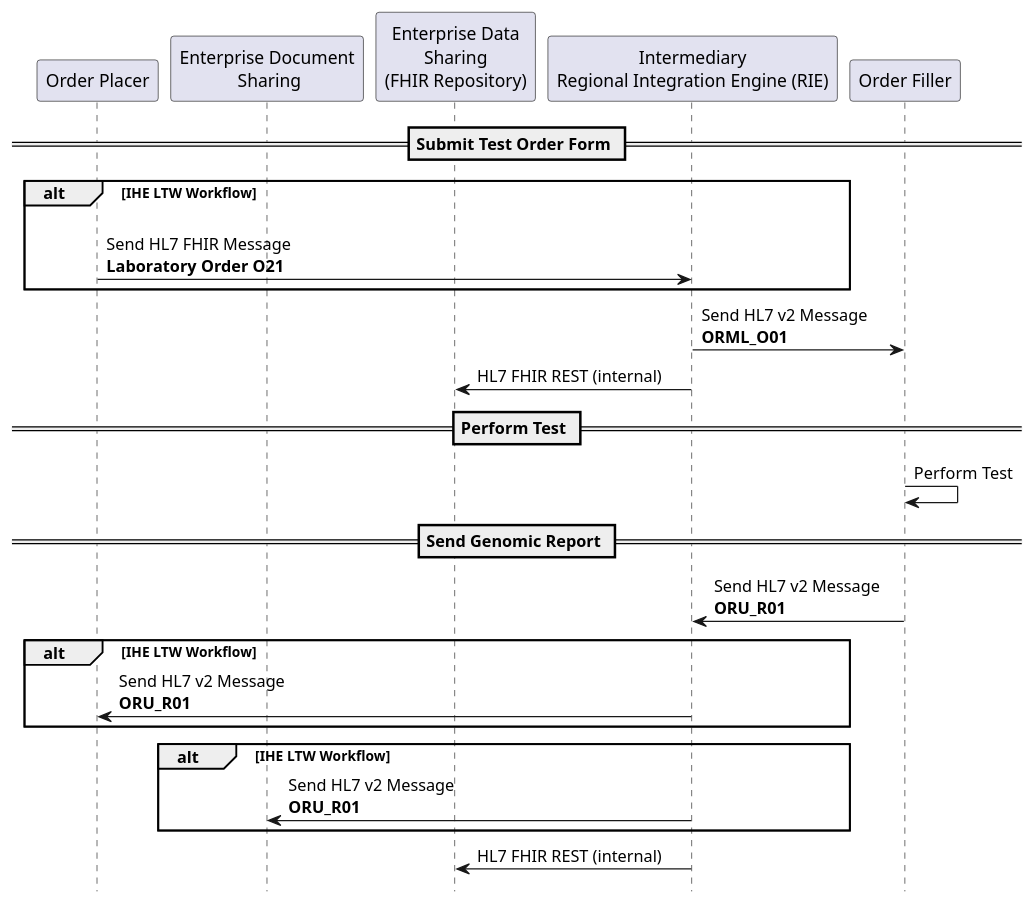
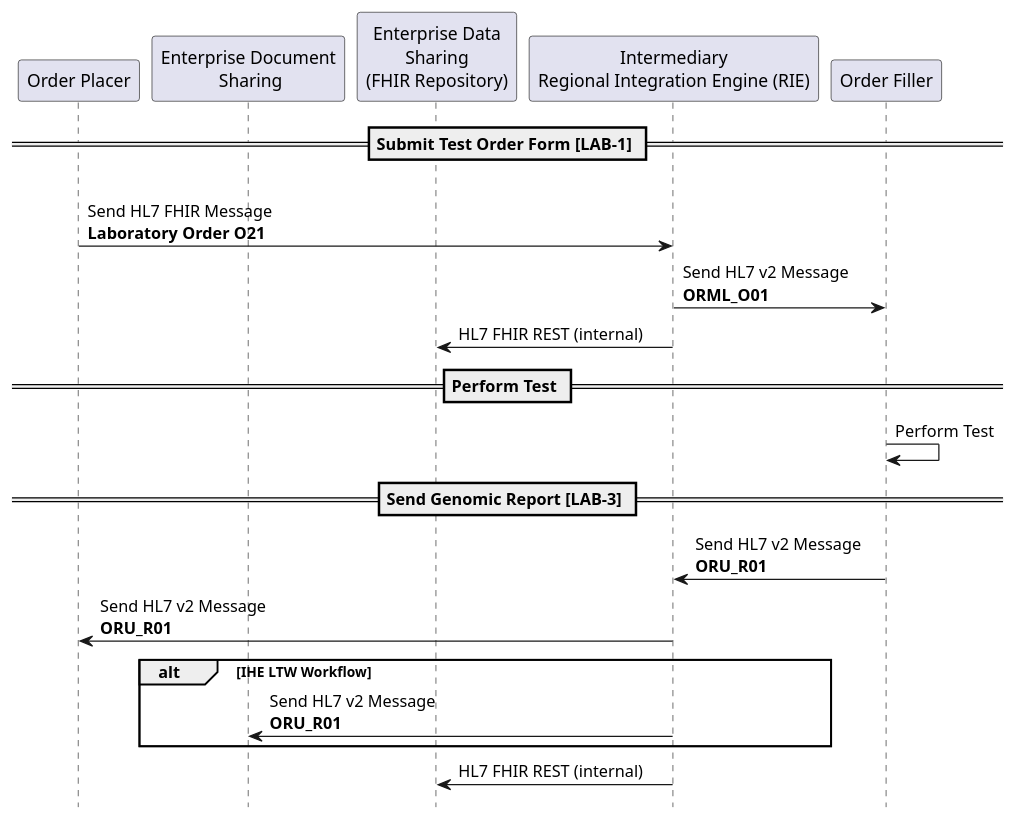
Before and after one commit to nw-gmsa/nw-gmsa.github.com: the diagram in input/images-source/LTW-cdr-sequence.plantuml, drawn with PlantUML. The commit also changed 3 other files, not shown here.

Commit message:
Documentation of Lab Report options

```diff
--- a/input/images-source/LTW-cdr-sequence.plantuml
+++ b/input/images-source/LTW-cdr-sequence.plantuml
@@ -1,36 +1,33 @@
 @startuml
 
 hide footbox
 
 participant "Order Placer" as EPR
 participant "Enterprise Document\n Sharing" as XDS
 participant "Enterprise Data\nSharing\n(FHIR Repository)" as CDR
 participant "Intermediary\nRegional Integration Engine (RIE)" as TIE
 participant "Order Filler" as LIMS
 
 
 
-== Submit Test Order Form ==
+== Submit Test Order Form [LAB-1] ==
 
-alt IHE LTW Workflow
 EPR -> TIE: \nSend HL7 FHIR Message\n**Laboratory Order O21**
-end
 TIE -> LIMS: Send HL7 v2 Message\n**ORML_O01**
 TIE -> CDR: HL7 FHIR REST (internal)
 
 == Perform Test ==
 
 LIMS -> LIMS: Perform Test
 
-== Send Genomic Report ==
+== Send Genomic Report [LAB-3] ==
 
 LIMS -> TIE: Send HL7 v2 Message\n**ORU_R01**
-alt IHE LTW Workflow
+
 TIE -> EPR: Send HL7 v2 Message\n**ORU_R01**
-end
 alt IHE LTW Workflow
 TIE -> XDS: Send HL7 v2 Message\n**ORU_R01**
 end
 TIE -> CDR: HL7 FHIR REST (internal)
 
 @enduml
```
